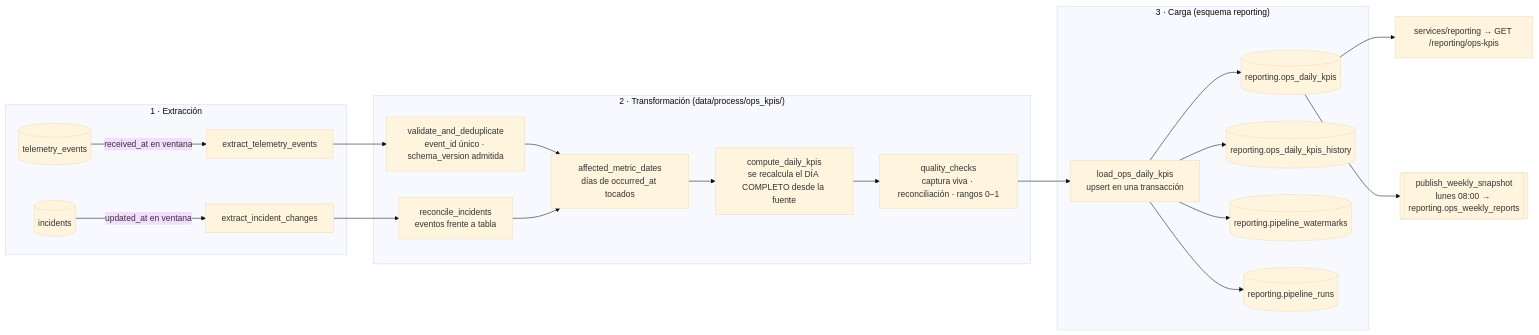
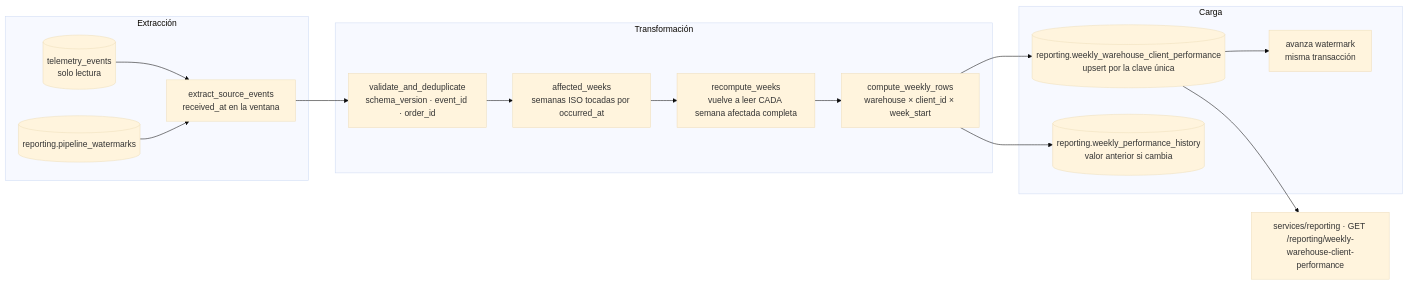
One commit to alfonsofrek/ai-engineering-company-project-monorepo changed the diagram in data/pipelines/PIPELINE_DESIGN.md. Above: the diagram before and after it, drawn with Mermaid (base theme). The commit also changed other lines of this file and 3 other files, not shown here.

First line of the commit message:
docs(telemetry,pipeline): follow the official TrackFlow briefings

````diff
--- a/data/pipelines/PIPELINE_DESIGN.md
+++ b/data/pipelines/PIPELINE_DESIGN.md
@@ -70,24 +79,19 @@
 ```mermaid
 flowchart LR
-  subgraph EXTRACT["1 · Extracción"]
-    TE[(telemetry_events)] -->|received_at en ventana| X1[extract_telemetry_events]
-    INC[(incidents)] -->|updated_at en ventana| X2[extract_incident_changes]
+  subgraph E[Extracción]
+    T[(telemetry_events<br/>solo lectura)] --> X[extract_source_events<br/>received_at en la ventana]
+    WM[(reporting.pipeline_watermarks)] --> X
   end
-  subgraph TRANSFORM["2 · Transformación (data/process/ops_kpis/)"]
-    X1 --> V[validate_and_deduplicate<br/>event_id único · schema_version admitida]
-    X2 --> R[reconcile_incidents<br/>eventos frente a tabla]
-    V --> D[affected_metric_dates<br/>días de occurred_at tocados]
-    R --> D
-    D --> C[compute_daily_kpis<br/>se recalcula el DÍA COMPLETO desde la fuente]
-    C --> Q[quality_checks<br/>captura viva · reconciliación · rangos 0–1]
+  subgraph TR[Transformación]
+    X --> V[validate_and_deduplicate<br/>schema_version · event_id · order_id]
+    V --> AW[affected_weeks<br/>semanas ISO tocadas por occurred_at]
+    AW --> RC[recompute_weeks<br/>vuelve a leer CADA semana afectada completa]
+    RC --> K[compute_weekly_rows<br/>warehouse × client_id × week_start]
   end
-  subgraph LOAD["3 · Carga (esquema reporting)"]
-    Q --> L[load_ops_daily_kpis<br/>upsert en una transacción]
-    L --> K[(reporting.ops_daily_kpis)]
-    L --> H[(reporting.ops_daily_kpis_history)]
-    L --> W[(reporting.pipeline_watermarks)]
-    L --> RUNS[(reporting.pipeline_runs)]
+  subgraph L[Carga]
+    K --> U[(reporting.weekly_warehouse_client_performance<br/>upsert por la clave única)]
+    K --> H[(reporting.weekly_performance_history<br/>valor anterior si cambia)]
+    U --> WM2[avanza watermark<br/>misma transacción]
   end
-  K --> API[services/reporting → GET /reporting/ops-kpis]
-  K --> SNAP[[publish_weekly_snapshot<br/>lunes 08:00 → reporting.ops_weekly_reports]]
+  U --> API[services/reporting · GET /reporting/weekly-warehouse-client-performance]
 ```
````
